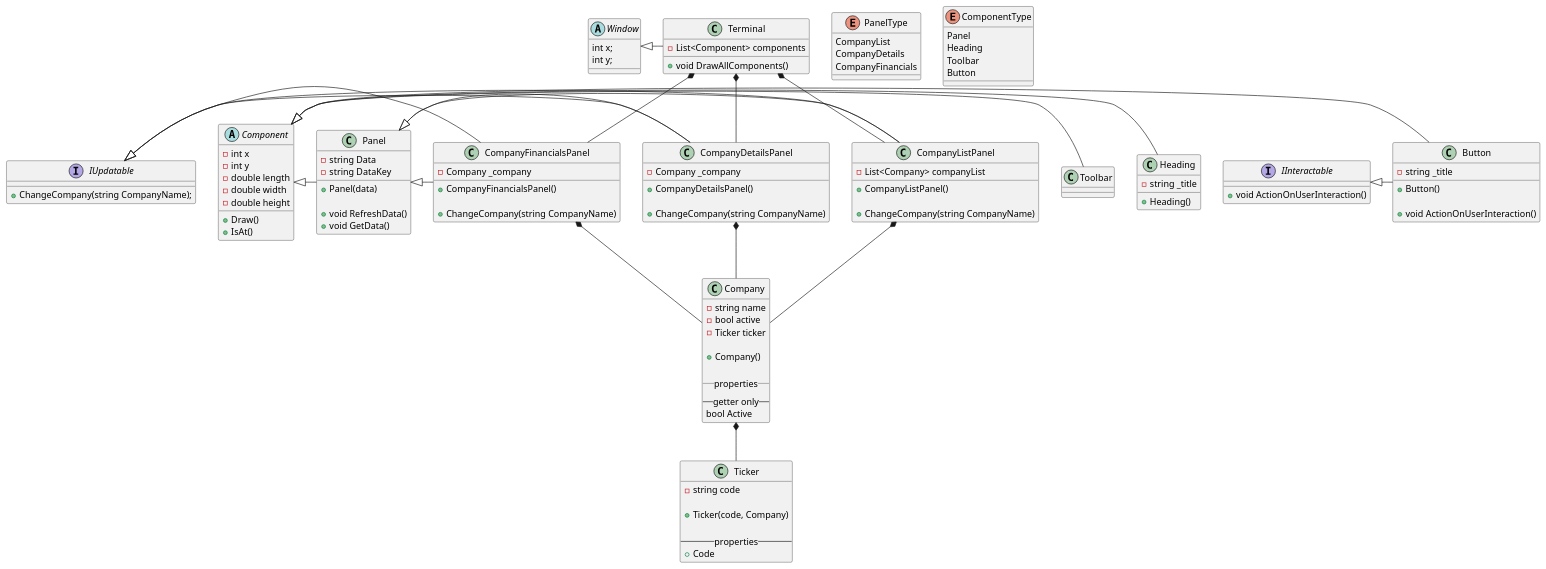
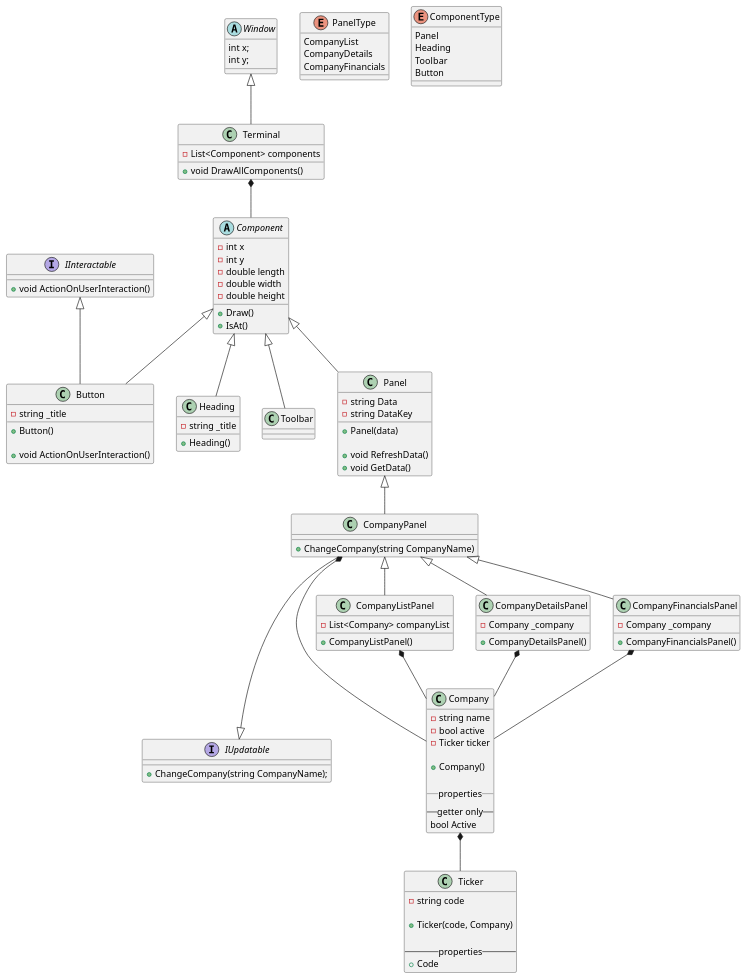
Before and after one commit to JohnVonNeumann/bloombleurgh: the diagram in Bloombleurgh/Bloombleurgh/Program.puml, drawn with PlantUML.

Commit message:
UPDATE Program.puml - revamp for formatted output, simplify the design

```diff
--- a/Bloombleurgh/Bloombleurgh/Program.puml
+++ b/Bloombleurgh/Bloombleurgh/Program.puml
@@ -1,181 +1,182 @@
 @startuml
 'https://plantuml.com/class-diagram
 
+
 'Inheritance
-Window <|- Terminal
+Window <|-- Terminal
 
-Component <|- Heading
-Component <|- Toolbar
-Component <|- Button
-Component <|- Panel
+Component <|-- Heading
 
-IInteractable <|- Button
+IInteractable <|-- Button
 
-Panel <|- CompanyListPanel
-Panel <|- CompanyDetailsPanel
-Panel <|- CompanyFinancialsPanel
+CompanyPanel ---|> IUpdatable
 
-IUpdatable <|- CompanyListPanel
-IUpdatable <|- CompanyDetailsPanel
-IUpdatable <|- CompanyFinancialsPanel
-
+Component <|-- Toolbar
+Component <|-- Button
+Component <|-- Panel
+'Component <|- Toolbar
 
 'Composition
-Terminal *-- CompanyListPanel
-Terminal *-- CompanyDetailsPanel
-Terminal *-- CompanyFinancialsPanel
+Terminal *-- Component
+
+CompanyPanel *--- Company
+CompanyPanel <|-- CompanyListPanel
+CompanyPanel<|-- CompanyDetailsPanel
+CompanyPanel <|-- CompanyFinancialsPanel
 
 CompanyListPanel *-- Company
 CompanyDetailsPanel *-- Company
 CompanyFinancialsPanel *-- Company
+Panel <|-- CompanyPanel
 Company *-- Ticker
 
 'Aggregation
 
 'Used as a base class for terminal, allows for drawing and sizing
 'Implement non abstract then make it abstract
 abstract class Window {
 int x;
 int y;
 }
 
 'Implement the Terminal as one class first, then break it out into separate modules
 class Terminal {
 - List<Component> components
 
 + void DrawAllComponents()
 }
 
 abstract class Component {
 - int x
 - int y
 - double length
 - double width
 - double height
 
 + Draw()
 'Probably want some sort of polymorphic IsAt to handle all styles of rect
 + IsAt()
 }
 
 class Heading {
 - string _title
 
 + Heading()
 }
 
 ' unsure if a Toolbar is even needed
 class Toolbar {
 }
 
 enum PanelType {
     CompanyList
     CompanyDetails
     CompanyFinancials
 }
 
 enum ComponentType {
     Panel
     Heading
     Toolbar
     Button
 }
 
 class Button {
 - string _title
 
 + Button()
 
 + void ActionOnUserInteraction()
 }
 
 interface IInteractable {
 + void ActionOnUserInteraction()
 }
 
 class Panel {
 - string Data
 ' refers to the json key that holds the data we wish to populate
 - string DataKey
 
 + Panel(data)
 
 + void RefreshData()
 + void GetData()
 }
 
+class CompanyPanel {
+    + ChangeCompany(string CompanyName)
+}
+
 class CompanyListPanel {
 - List<Company> companyList
 
 + CompanyListPanel()
 
-+ ChangeCompany(string CompanyName)
 }
 
 class CompanyDetailsPanel {
 - Company _company
 
 + CompanyDetailsPanel()
 
-+ ChangeCompany(string CompanyName)
 }
 
 class CompanyFinancialsPanel {
 - Company _company
 
 + CompanyFinancialsPanel()
 
-+ ChangeCompany(string CompanyName)
 }
 
 ' Replaces the property for Company Panels as when the company is updated, it needs to update
 ' the data in the panel
 interface IUpdatable {
 + ChangeCompany(string CompanyName);
 }
 
 
 class Company {
 - string name
 - bool active
 - Ticker ticker
 
 + Company()
 
 __properties__
 --getter only--
 bool Active
 }
 
 class Ticker {
 - string code
 
 + Ticker(code, Company)
 
 --properties--
 + Code
 }
 
 ''Perhaps fuck the import stuff, just use existing input files to start
 ''Dont bother with having an independent way to call new files, just populate
 ''from a data directory until everything is working, then add on as a bonus
 'class Import {
 '- path storageLocation
 '- string fileName
 '- path remoteLocation
 '
 '+ Import(remoteLocation, storageLocation, fileName)
 '}
 '
 'class FileImport {
 '}
 '
 'class WebImport {
 '}
 'abstract class Data {
 '}
 '
 'Import <|- FileImport
 'Import <|- WebImport
 
 @enduml
```
